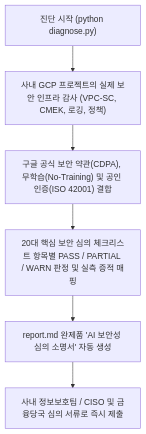
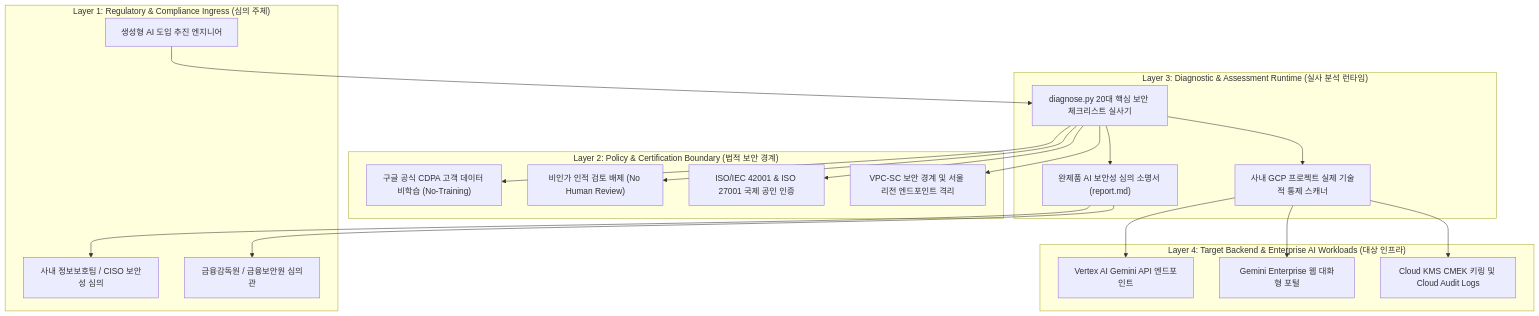
Before and after one commit to jiangjun-forge/google-cloud-0-to-1: the diagram in samples/korea-ai-security-checklist/README.md, drawn with Mermaid. The commit also changed other lines of this file and 94 other files, not shown here.

Commit message:
Standardize architecture specifications

````diff
--- a/samples/korea-ai-security-checklist/README.md
+++ b/samples/korea-ai-security-checklist/README.md
@@ -69,8 +69,40 @@
 ```mermaid
 flowchart TD
-    A["진단 시작 (python diagnose.py)"] --> B["사내 GCP 프로젝트의 실제 보안 인프라 감사 (VPC-SC, CMEK, 로깅, 정책)"]
-    B --> C["구글 공식 보안 약관(CDPA), 무학습(No-Training) 및 공인 인증(ISO 42001) 결합"]
-    C --> D["20대 핵심 보안 심의 체크리스트 항목별 PASS / PARTIAL / WARN 판정 및 실측 증적 매핑"]
-    D --> E["report.md 완제품 'AI 보안성 심의 소명서' 자동 생성"]
-    E --> F["사내 정보보호팀 / CISO 및 금융당국 심의 서류로 즉시 제출"]
+    subgraph Layer1["Layer 1: Regulatory & Compliance Ingress (심의 주체)"]
+        CISO["사내 정보보호팀 / CISO 보안성 심의"]
+        Auditor["금융감독원 / 금융보안원 심의관"]
+        ProjectLead["생성형 AI 도입 추진 엔지니어"]
+    end
+
+    subgraph Layer2["Layer 2: Policy & Certification Boundary (법적 보안 경계)"]
+        NoTraining["구글 공식 CDPA 고객 데이터 비학습 (No-Training)"]
+        NoHumanReview["비인가 인적 검토 배제 (No Human Review)"]
+        ISO42001["ISO/IEC 42001 & ISO 27001 국제 공인 인증"]
+        PerimeterPolicy["VPC-SC 보안 경계 및 서울 리전 엔드포인트 격리"]
+    end
+
+    subgraph Layer3["Layer 3: Diagnostic & Assessment Runtime (실사 분석 런타임)"]
+        ChecklistEngine["diagnose.py 20대 핵심 보안 체크리스트 실사기"]
+        LiveScanner["사내 GCP 프로젝트 실제 기술적 통제 스캐너"]
+        ReportOutput["완제품 AI 보안성 심의 소명서 (report.md)"]
+    end
+
+    subgraph Layer4["Layer 4: Target Backend & Enterprise AI Workloads (대상 인프라)"]
+        VertexAI["Vertex AI Gemini API 엔드포인트"]
+        GeminiEnterpriseApp["Gemini Enterprise 웹 대화형 포털"]
+        CMEK_Audit["Cloud KMS CMEK 키링 및 Cloud Audit Logs"]
+    end
+
+    ProjectLead --> ChecklistEngine
+    ChecklistEngine --> NoTraining
+    ChecklistEngine --> NoHumanReview
+    ChecklistEngine --> ISO42001
+    ChecklistEngine --> PerimeterPolicy
+    ChecklistEngine --> LiveScanner
+    LiveScanner --> VertexAI
+    LiveScanner --> GeminiEnterpriseApp
+    LiveScanner --> CMEK_Audit
+    ChecklistEngine --> ReportOutput
+    ReportOutput --> CISO
+    ReportOutput --> Auditor
 ```
````
